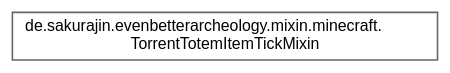
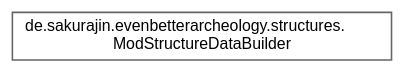
One commit to noah1510/EvenBetterArcheology changed the diagram in inherit_graph_23.dot. Above: the diagram before and after it, drawn with Graphviz. The commit also changed 425 other files, not shown here.

```diff
--- a/inherit_graph_23.dot
+++ b/inherit_graph_23.dot
@@ -1,9 +1,9 @@
 digraph "Graphical Class Hierarchy"
 {
  // LATEX_PDF_SIZE
   bgcolor="transparent";
   edge [fontname=Helvetica,fontsize=10,labelfontname=Helvetica,labelfontsize=10];
   node [fontname=Helvetica,fontsize=10,shape=box,height=0.2,width=0.4];
   rankdir="LR";
-  Node0 [label="de.sakurajin.evenbetterarcheology.mixin.minecraft.\lTorrentTotemItemTickMixin",height=0.2,width=0.4,color="grey40", fillcolor="white", style="filled",URL="$classde_1_1sakurajin_1_1evenbetterarcheology_1_1mixin_1_1minecraft_1_1TorrentTotemItemTickMixin.html",tooltip=" "];
+  Node0 [label="de.sakurajin.evenbetterarcheology.structures.\lModStructureDataBuilder",height=0.2,width=0.4,color="grey40", fillcolor="white", style="filled",URL="$classde_1_1sakurajin_1_1evenbetterarcheology_1_1structures_1_1ModStructureDataBuilder.html",tooltip=" "];
 }
```
